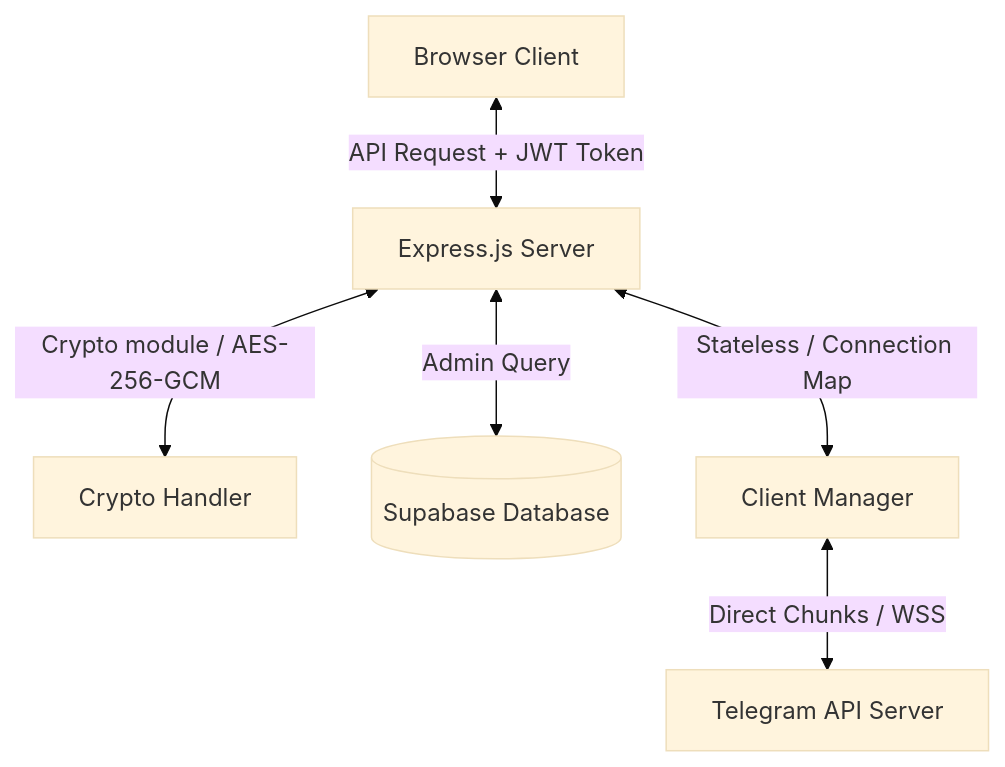
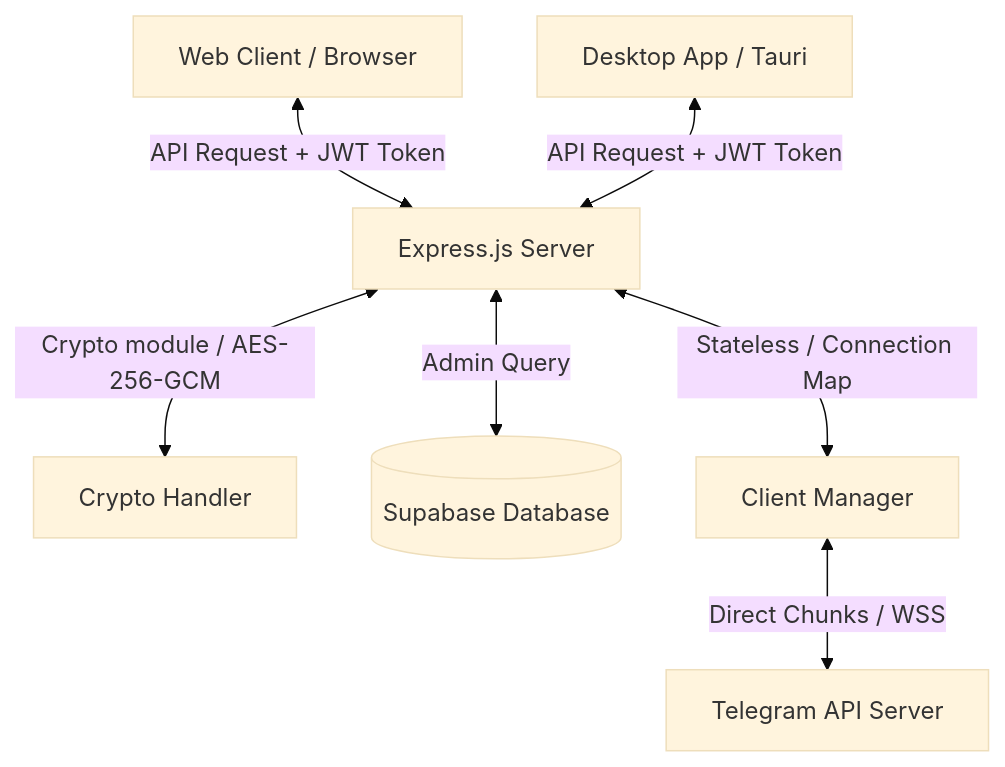
One commit to salsabilofficial/teledrive changed the diagram in docs/README.md. Above: the diagram before and after it, drawn with Mermaid (base theme). The commit also changed 14 other files, not shown here.

````diff
--- a/docs/README.md
+++ b/docs/README.md
@@ -18,8 +18,9 @@
 ```mermaid
 graph TD
-    Browser[Browser Client] <-->|API Request + JWT Token| Express[Express.js Server]
+    Browser[Web Client / Browser] <-->|API Request + JWT Token| Express[Express.js Server]
+    Desktop[Desktop App / Tauri] <-->|API Request + JWT Token| Express
     Express <-->|Crypto module / AES-256-GCM| Crypt[Crypto Handler]
     Express <-->|Admin Query| Supabase[(Supabase Database)]
     Express <-->|Stateless / Connection Map| Manager[Client Manager]
     Manager <-->|Direct Chunks / WSS| Telegram[Telegram API Server]
 ```
````
